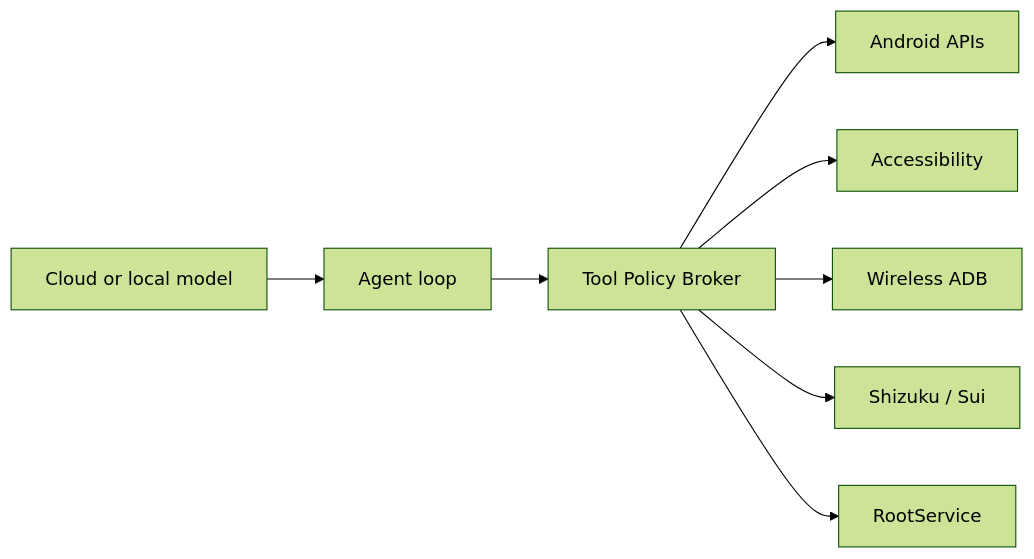
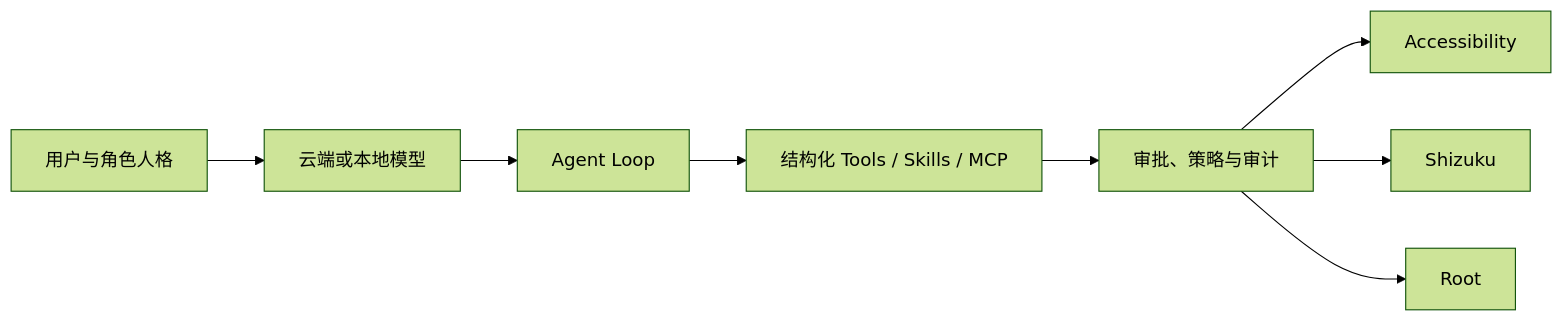
Before and after one commit to Wayne1145/yachiyo-claw: the diagram in README.md, drawn with Mermaid (forest theme). The commit also changed other lines of this file and 2 other files, not shown here.

````diff
--- a/README.md
+++ b/README.md
@@ -35,10 +72,10 @@
 ```mermaid
 flowchart LR
-    MODEL["Cloud or local model"] --> LOOP["Agent loop"]
-    LOOP --> BROKER["Tool Policy Broker"]
-    BROKER --> STANDARD["Android APIs"]
+    USER["用户与角色人格"] --> MODEL["云端或本地模型"]
+    MODEL --> LOOP["Agent Loop"]
+    LOOP --> TOOLS["结构化 Tools / Skills / MCP"]
+    TOOLS --> BROKER["审批、策略与审计"]
     BROKER --> ACCESS["Accessibility"]
-    BROKER --> ADB["Wireless ADB"]
-    BROKER --> SHIZUKU["Shizuku / Sui"]
-    BROKER --> ROOT["RootService"]
+    BROKER --> SHIZUKU["Shizuku"]
+    BROKER --> ROOT["Root"]
 ```
````
